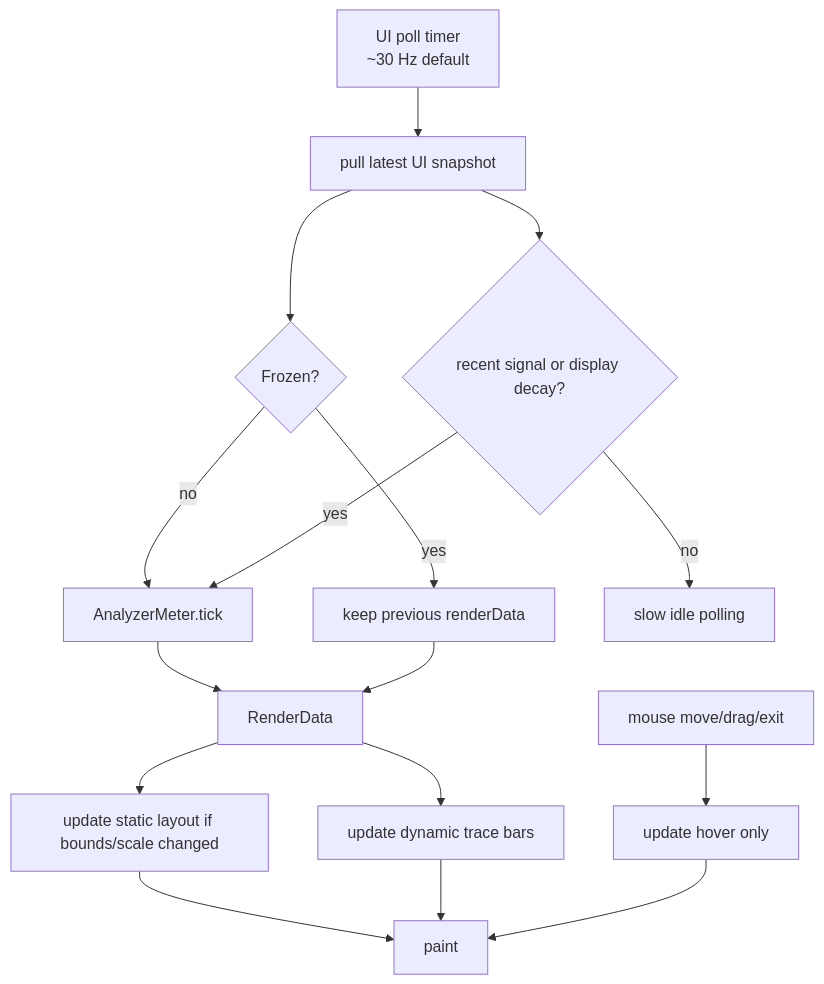
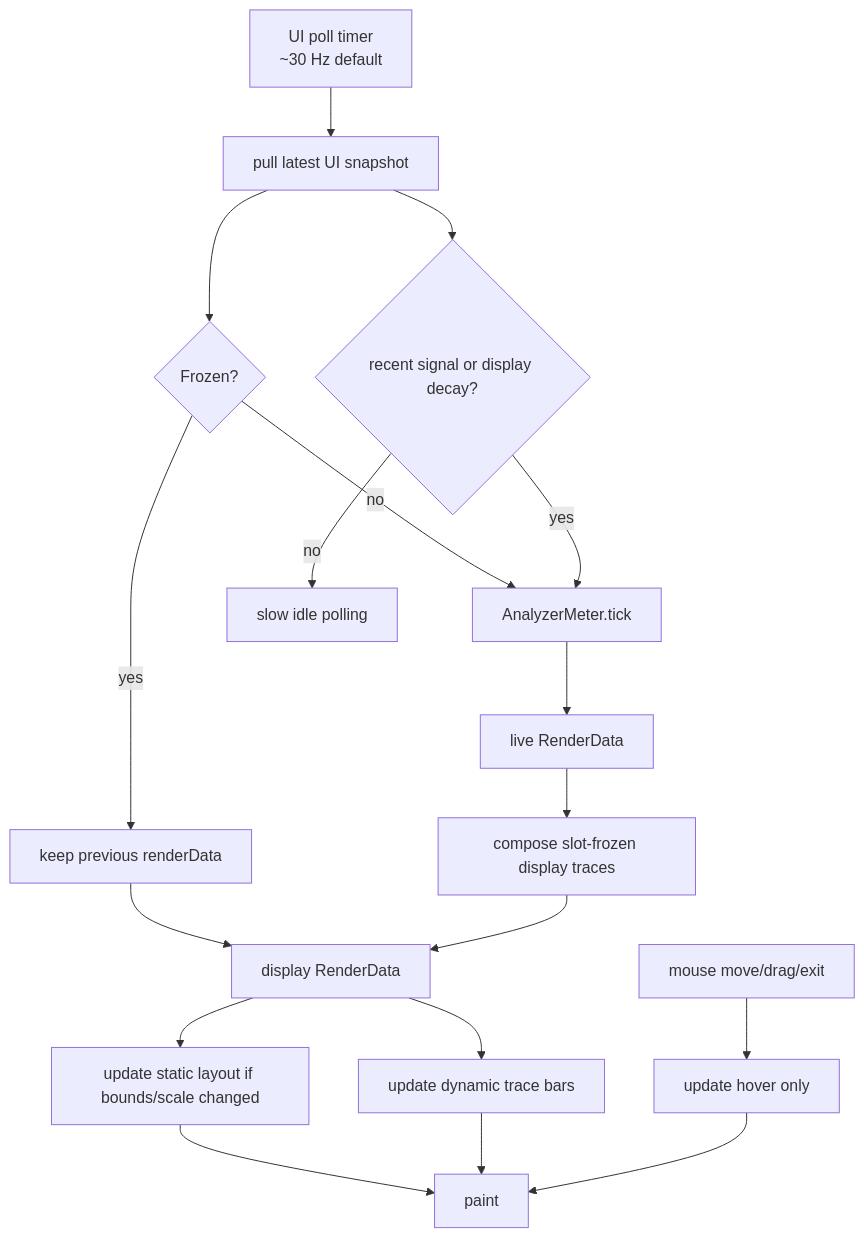
One commit to Silenterc/Band-Spectrum-Analyzer changed the fourth of 10 diagrams in docs/ui-architecture.md. Above: the diagram before and after it, drawn with Mermaid. The commit also changed other lines of this file and 24 other files, not shown here.

````diff
--- a/docs/ui-architecture.md
+++ b/docs/ui-architecture.md
@@ -102,18 +102,20 @@
 ```mermaid
 flowchart TD
     Timer[UI poll timer\n~30 Hz default] --> Pull[pull latest UI snapshot]
     Pull --> Frozen{Frozen?}
     Pull --> Activity{recent signal or display decay?}
     Frozen -->|no| Meter[AnalyzerMeter.tick]
     Frozen -->|yes| Keep[keep previous renderData]
     Activity -->|no| Idle[slow idle polling]
     Activity -->|yes| Meter
-    Meter --> RenderData[RenderData]
+    Meter --> LiveRender[live RenderData]
+    LiveRender --> Compose[compose slot-frozen display traces]
     Keep --> RenderData
+    Compose --> RenderData[display RenderData]
     RenderData --> Static[update static layout if bounds/scale changed]
     RenderData --> Dynamic[update dynamic trace bars]
     Hover[mouse move/drag/exit] --> HoverModel[update hover only]
     Static --> Paint[paint]
     Dynamic --> Paint
     HoverModel --> Paint
 ```
````
